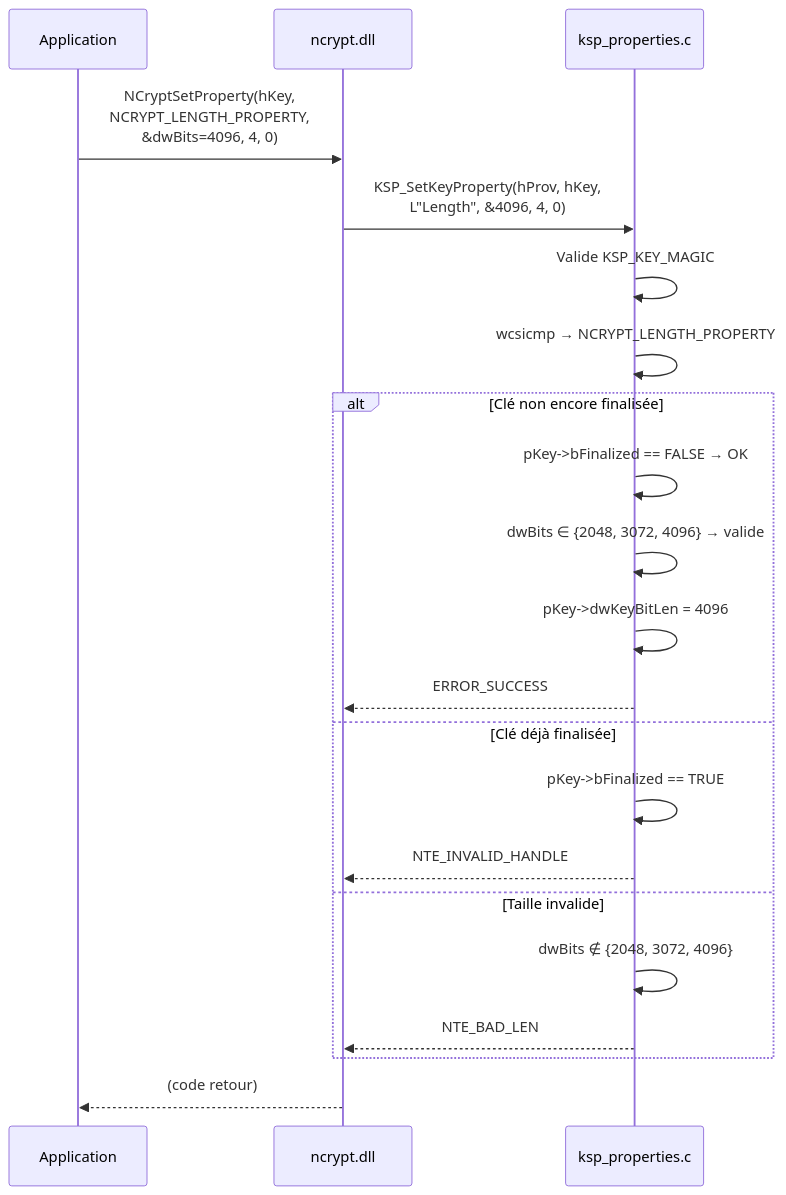
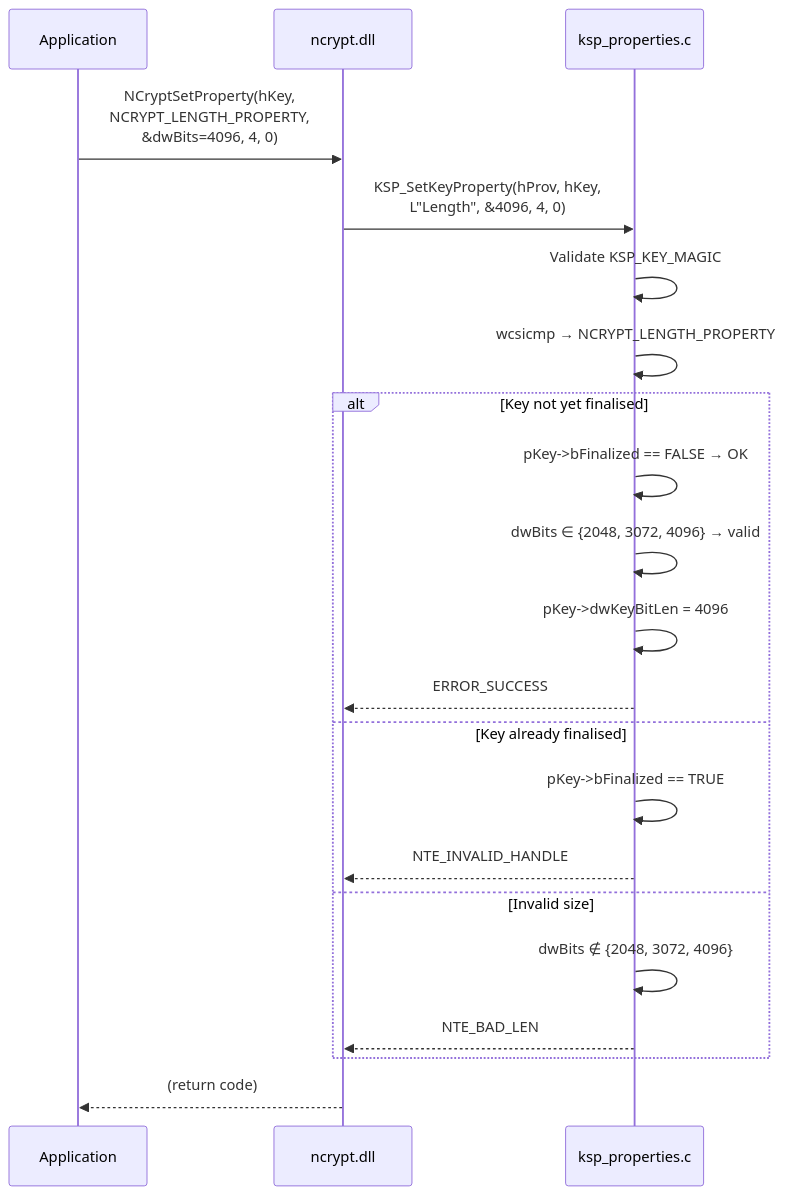
Before and after one commit to Gaillotte/Noida: the second of 2 diagrams in softhsm_ksp/docs/05-proprietes.md, drawn with Mermaid. The commit also changed other lines of this file and 9 other files, not shown here.

````diff
--- a/softhsm_ksp/docs/05-proprietes.md
+++ b/softhsm_ksp/docs/05-proprietes.md
@@ -84,27 +84,27 @@
 ```mermaid
 sequenceDiagram
     participant App as Application
     participant NCrypt as ncrypt.dll
     participant KSP as ksp_properties.c
 
     App->>NCrypt: NCryptSetProperty(hKey,<br/>NCRYPT_LENGTH_PROPERTY,<br/>&dwBits=4096, 4, 0)
     NCrypt->>KSP: KSP_SetKeyProperty(hProv, hKey,<br/>L"Length", &4096, 4, 0)
 
-    KSP->>KSP: Valide KSP_KEY_MAGIC
+    KSP->>KSP: Validate KSP_KEY_MAGIC
     KSP->>KSP: wcsicmp → NCRYPT_LENGTH_PROPERTY
 
-    alt Clé non encore finalisée
+    alt Key not yet finalised
         KSP->>KSP: pKey->bFinalized == FALSE → OK
-        KSP->>KSP: dwBits ∈ {2048, 3072, 4096} → valide
+        KSP->>KSP: dwBits ∈ {2048, 3072, 4096} → valid
         KSP->>KSP: pKey->dwKeyBitLen = 4096
         KSP-->>NCrypt: ERROR_SUCCESS
-    else Clé déjà finalisée
+    else Key already finalised
         KSP->>KSP: pKey->bFinalized == TRUE
         KSP-->>NCrypt: NTE_INVALID_HANDLE
-    else Taille invalide
+    else Invalid size
         KSP->>KSP: dwBits ∉ {2048, 3072, 4096}
         KSP-->>NCrypt: NTE_BAD_LEN
     end
 
-    NCrypt-->>App: (code retour)
+    NCrypt-->>App: (return code)
 ```
````
